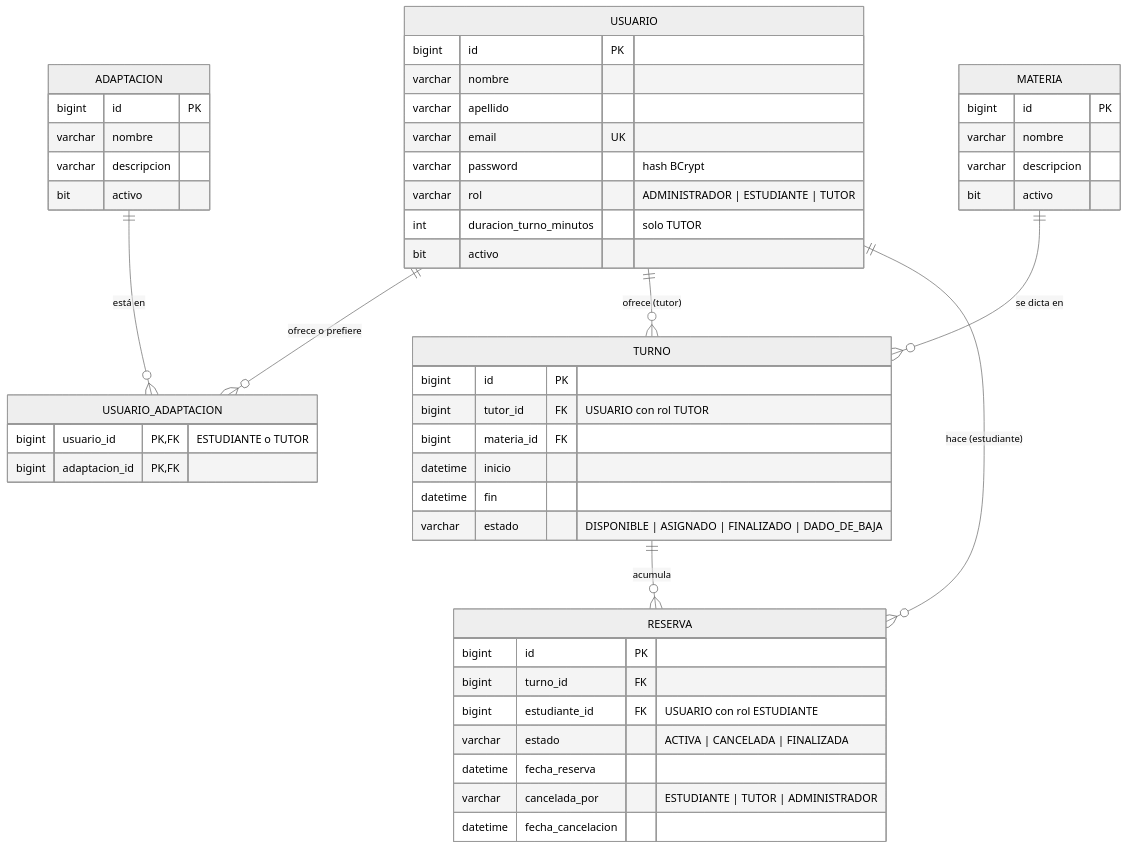
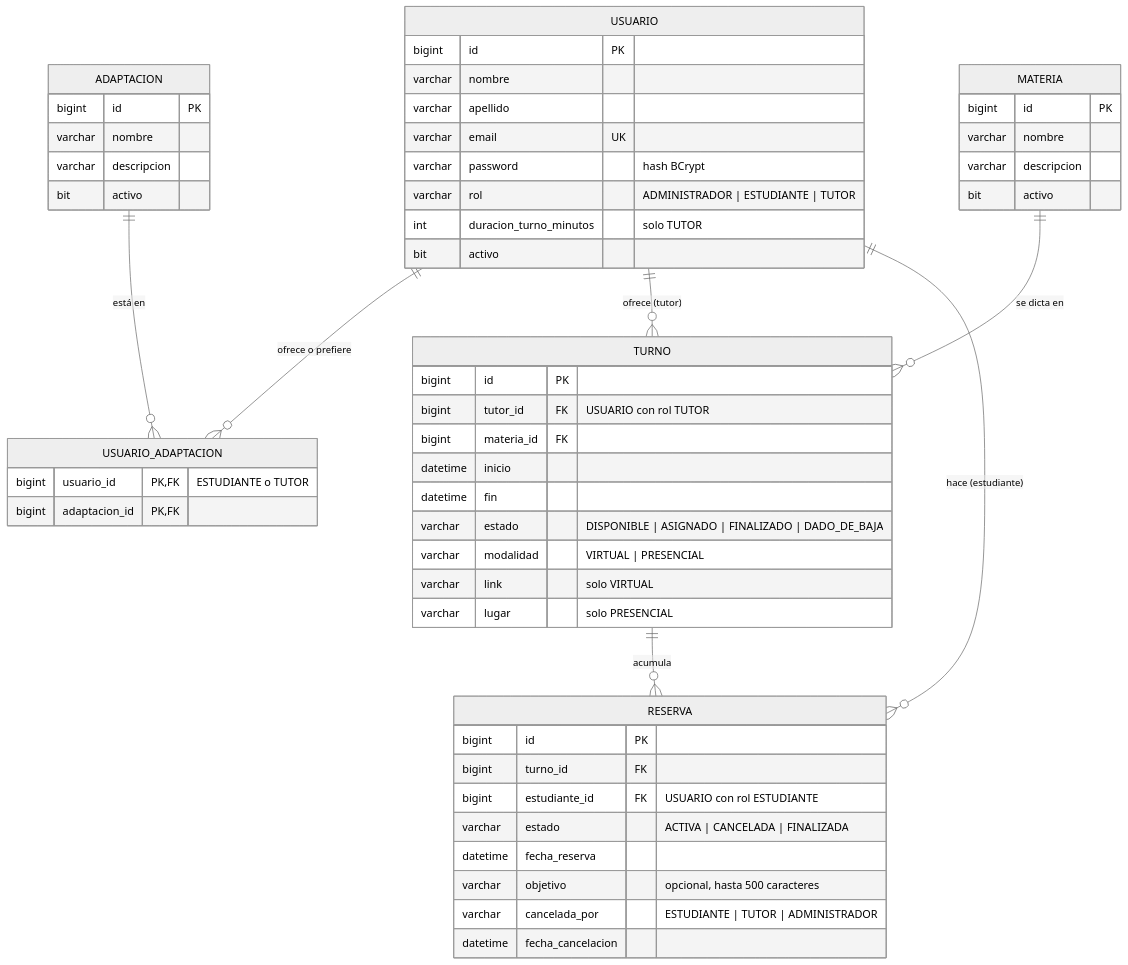
Before and after one commit to KiaraPrecopio/booktor-tpi-unsam: the diagram in docs/05-modelo-datos.md, drawn with Mermaid (neutral theme). The commit also changed other lines of this file and 4 other files, not shown here.

````diff
--- a/docs/05-modelo-datos.md
+++ b/docs/05-modelo-datos.md
@@ -5,58 +5,62 @@
 ```mermaid
 erDiagram
     USUARIO {
         bigint id PK
         varchar nombre
         varchar apellido
         varchar email UK
         varchar password "hash BCrypt"
         varchar rol "ADMINISTRADOR | ESTUDIANTE | TUTOR"
         int duracion_turno_minutos "solo TUTOR"
         bit activo
     }
 
     MATERIA {
         bigint id PK
         varchar nombre
         varchar descripcion
         bit activo
     }
 
     ADAPTACION {
         bigint id PK
         varchar nombre
         varchar descripcion
         bit activo
     }
 
     USUARIO_ADAPTACION {
         bigint usuario_id PK, FK "ESTUDIANTE o TUTOR"
         bigint adaptacion_id PK, FK
     }
 
     TURNO {
         bigint id PK
         bigint tutor_id FK "USUARIO con rol TUTOR"
         bigint materia_id FK
         datetime inicio
         datetime fin
         varchar estado "DISPONIBLE | ASIGNADO | FINALIZADO | DADO_DE_BAJA"
+        varchar modalidad "VIRTUAL | PRESENCIAL"
+        varchar link "solo VIRTUAL"
+        varchar lugar "solo PRESENCIAL"
     }
 
     RESERVA {
         bigint id PK
         bigint turno_id FK
         bigint estudiante_id FK "USUARIO con rol ESTUDIANTE"
         varchar estado "ACTIVA | CANCELADA | FINALIZADA"
         datetime fecha_reserva
+        varchar objetivo "opcional, hasta 500 caracteres"
         varchar cancelada_por "ESTUDIANTE | TUTOR | ADMINISTRADOR"
         datetime fecha_cancelacion
     }
 
     USUARIO ||--o{ USUARIO_ADAPTACION : "ofrece o prefiere"
     ADAPTACION ||--o{ USUARIO_ADAPTACION : "está en"
     USUARIO ||--o{ TURNO : "ofrece (tutor)"
     MATERIA ||--o{ TURNO : "se dicta en"
     TURNO ||--o{ RESERVA : "acumula"
     USUARIO ||--o{ RESERVA : "hace (estudiante)"
 ```
````
